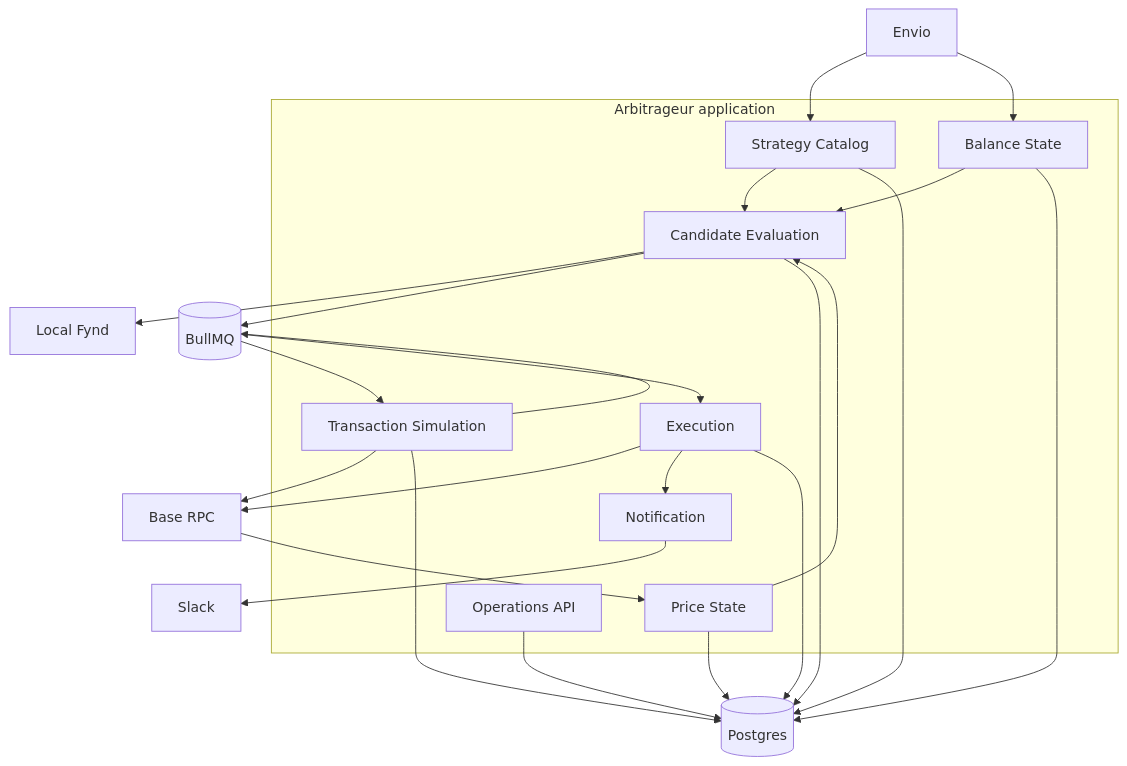
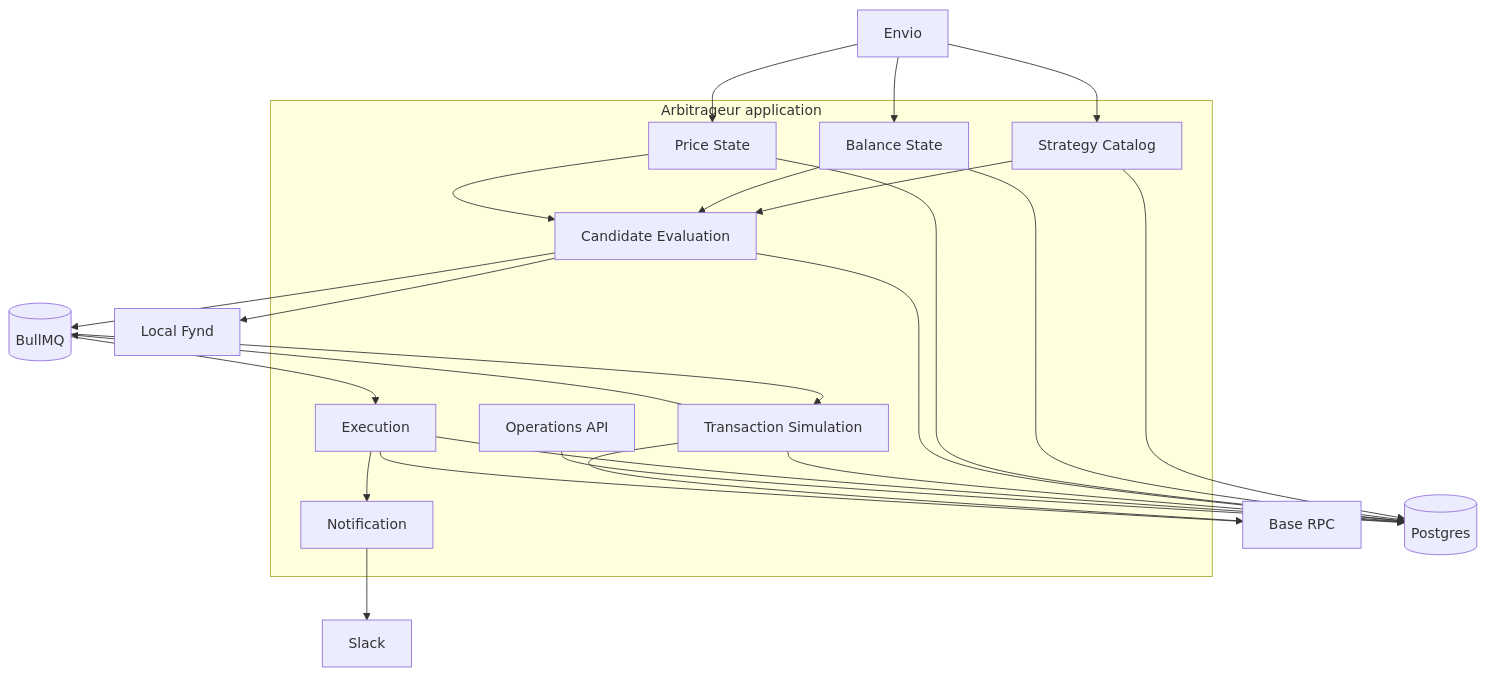
The second of 4 diagrams in docs/adr/0014-production-arbitrageur-design.md (bleu/aqua-portfolio-manager), drawn with Mermaid before and after one commit. The commit also changed other lines of this file, not shown here.

First line of the commit message:
docs(adr): Price State indexes AnswerUpdated via aggregator tracking

````diff
--- a/docs/adr/0014-production-arbitrageur-design.md
+++ b/docs/adr/0014-production-arbitrageur-design.md
@@ -53,36 +53,36 @@
 ```mermaid
 flowchart TB
     subgraph App[Arbitrageur application]
         catalog[Strategy Catalog]
         balance[Balance State]
         price[Price State]
         evaluate[Candidate Evaluation]
         simulate[Transaction Simulation]
         execute[Execution]
         api[Operations API]
         notice[Notification]
     end
 
     envio[Envio] --> catalog
     envio --> balance
-    rpc[Base RPC] --> price
+    envio --> price
     catalog --> evaluate
     balance --> evaluate
     price --> evaluate
     evaluate --> fynd[Local Fynd]
     evaluate --> redis[(BullMQ)]
     redis --> simulate
     simulate --> rpc[Base RPC]
     simulate --> redis
     redis --> execute
     execute --> rpc
     execute --> notice
     notice --> slack[Slack]
     catalog --> postgres[(Postgres)]
     balance --> postgres
     price --> postgres
     evaluate --> postgres
     simulate --> postgres
     execute --> postgres
     api --> postgres
 ```
````
